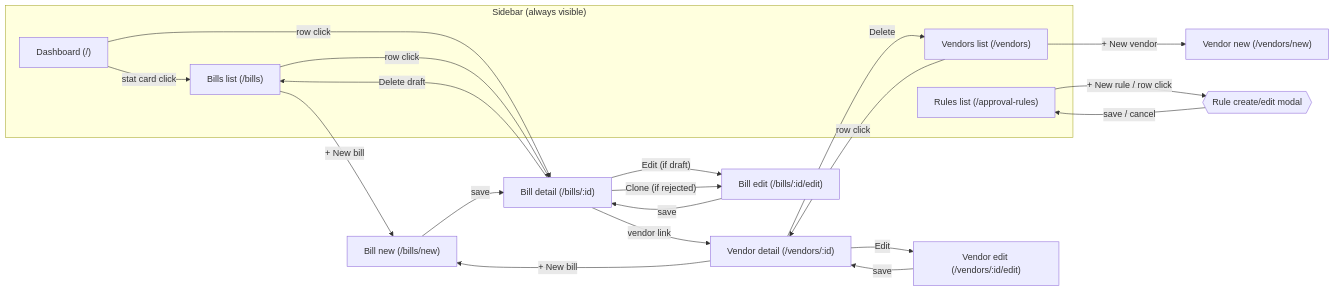
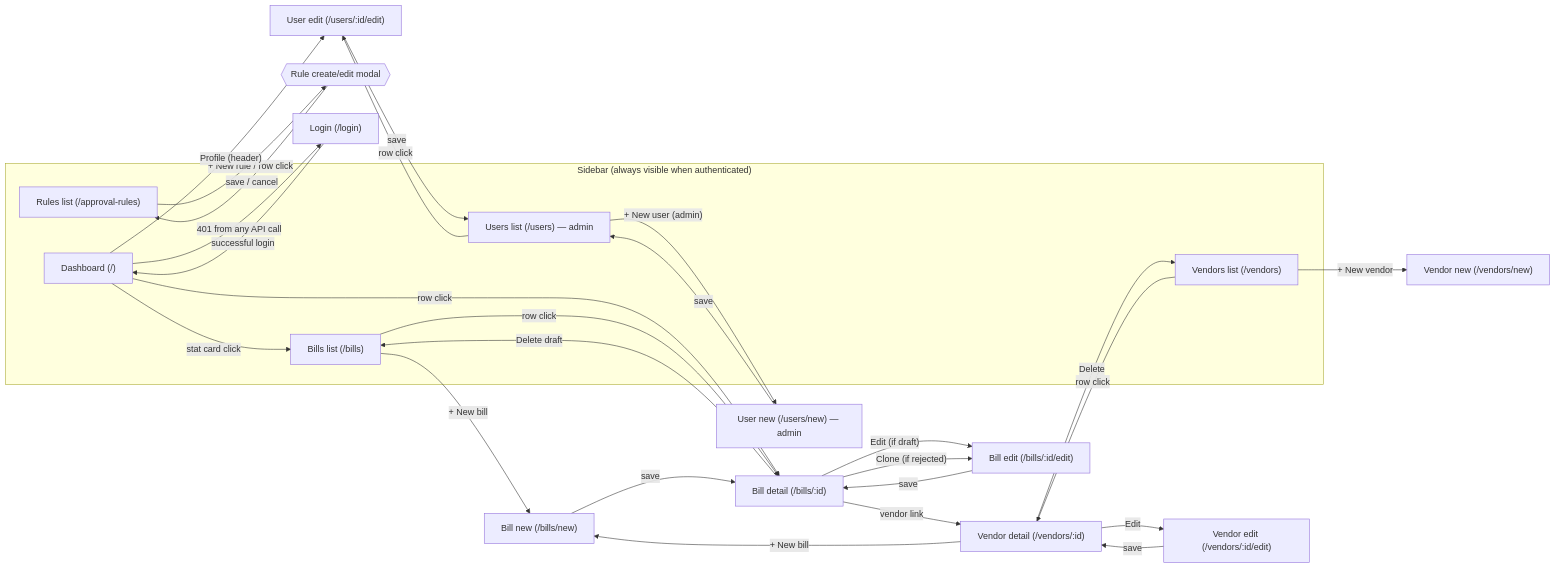
One commit to devmates-io/trashlab-challenge changed the fourth of 13 diagrams in docs/specs/bill-pay-mvp.md. Above: the diagram before and after it, drawn with Mermaid. The commit also changed other lines of this file and 1 other file, not shown here.

````diff
--- a/docs/specs/bill-pay-mvp.md
+++ b/docs/specs/bill-pay-mvp.md
@@ -2465,42 +2673,56 @@
 ```mermaid
 flowchart LR
     Dashboard["Dashboard (/)"]
     BillsList["Bills list (/bills)"]
     BillNew["Bill new (/bills/new)"]
     BillDetail["Bill detail (/bills/:id)"]
     BillEdit["Bill edit (/bills/:id/edit)"]
     VendorsList["Vendors list (/vendors)"]
     VendorNew["Vendor new (/vendors/new)"]
     VendorDetail["Vendor detail (/vendors/:id)"]
     VendorEdit["Vendor edit (/vendors/:id/edit)"]
     RulesList["Rules list (/approval-rules)"]
     RuleModal{{"Rule create/edit modal"}}
 
     Dashboard -- "stat card click" --> BillsList
     Dashboard -- "row click" --> BillDetail
     BillsList -- "+ New bill" --> BillNew
     BillsList -- "row click" --> BillDetail
     BillNew -- "save" --> BillDetail
     BillDetail -- "Edit (if draft)" --> BillEdit
     BillEdit -- "save" --> BillDetail
     BillDetail -- "Delete draft" --> BillsList
     BillDetail -- "Clone (if rejected)" --> BillEdit
     BillDetail -- "vendor link" --> VendorDetail
 
     VendorsList -- "+ New vendor" --> VendorNew
     VendorsList -- "row click" --> VendorDetail
     VendorDetail -- "Edit" --> VendorEdit
     VendorEdit -- "save" --> VendorDetail
     VendorDetail -- "+ New bill" --> BillNew
     VendorDetail -- "Delete" --> VendorsList
 
     RulesList -- "+ New rule / row click" --> RuleModal
     RuleModal -- "save / cancel" --> RulesList
 
-    subgraph sidebar["Sidebar (always visible)"]
+    Login["Login (/login)"]
+    UsersList["Users list (/users) — admin"]
+    UserNew["User new (/users/new) — admin"]
+    UserEdit["User edit (/users/:id/edit)"]
+
+    Login -- "successful login" --> Dashboard
+    Dashboard -- "401 from any API call" --> Login
+    UsersList -- "+ New user (admin)" --> UserNew
+    UsersList -- "row click" --> UserEdit
+    UserNew -- "save" --> UsersList
+    UserEdit -- "save" --> UsersList
+    Dashboard -- "Profile (header)" --> UserEdit
+
+    subgraph sidebar["Sidebar (always visible when authenticated)"]
         Dashboard
         BillsList
         VendorsList
         RulesList
+        UsersList
     end
 ```
````
